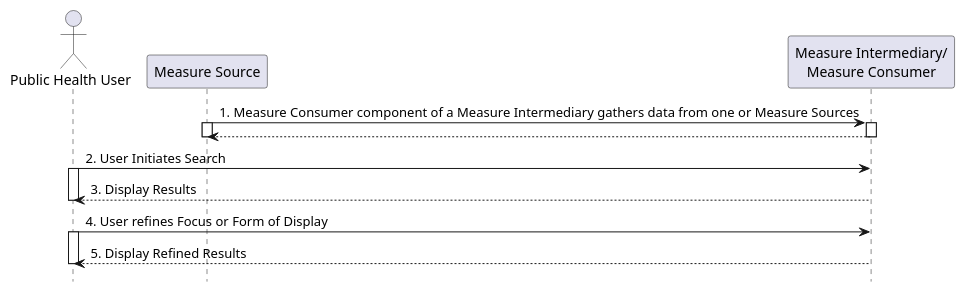
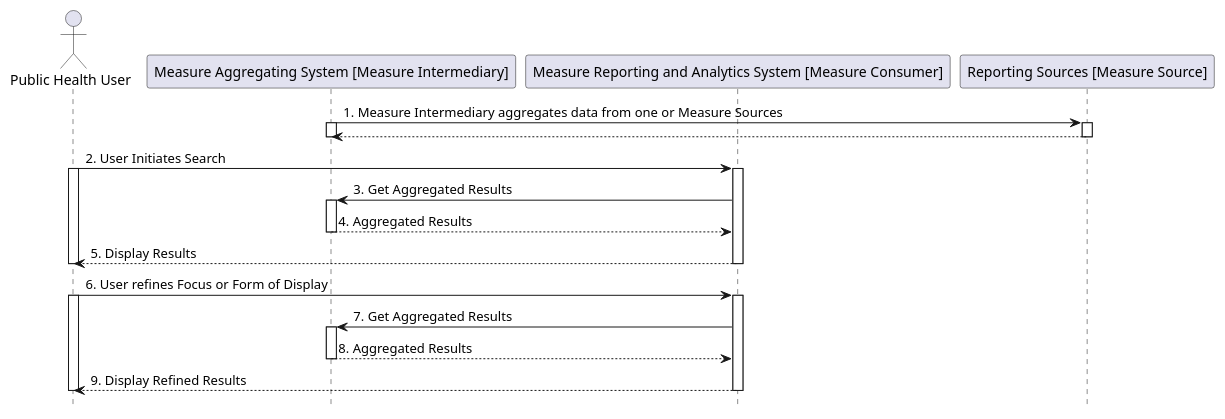
One commit to HL7/fhir-saner changed the diagram in input/images-source/usecase2-processflow.plantuml. Above: the diagram before and after it, drawn with PlantUML. The commit also changed 65 other files, not shown here.

```diff
--- a/input/images-source/usecase2-processflow.plantuml
+++ b/input/images-source/usecase2-processflow.plantuml
@@ -1,28 +1,33 @@
 @startuml
 hide footbox
-
 actor "Public Health User"
-participant "Measure Source" as MeasureSource
-participant "Measure Intermediary/\nMeasure Consumer" as MeasureIntermediary
-
-
-"MeasureSource" -> "MeasureIntermediary" : 1. Measure Consumer component of a Measure Intermediary gathers data from one or Measure Sources
+participant "Measure Aggregating System [Measure Intermediary]" as MeasureIntermediary
+participant "Measure Reporting and Analytics System [Measure Consumer]" as MeasureConsumer
+participant "Reporting Sources [Measure Source]" as MeasureSource
+"MeasureIntermediary" -> "MeasureSource" : 1. Measure Intermediary aggregates data from one or Measure Sources
 activate "MeasureIntermediary"
 activate "MeasureSource"
 return
+deactivate "MeasureIntermediary"
 deactivate "MeasureSource"
-
-"Public Health User" -> "MeasureIntermediary" : 2. User Initiates Search
+"Public Health User" -> "MeasureConsumer" : 2. User Initiates Search
 activate "Public Health User"
-"MeasureIntermediary" --> "Public Health User" : 3. Display Results
+activate "MeasureConsumer"
+"MeasureConsumer" -> "MeasureIntermediary" : 3. Get Aggregated Results
+activate "MeasureIntermediary"
+"MeasureIntermediary" --> "MeasureConsumer" : 4. Aggregated Results
+deactivate "MeasureIntermediary"
+"MeasureConsumer" --> "Public Health User" : 5. Display Results
 deactivate "Public Health User"
-
-"Public Health User" -> "MeasureIntermediary" : 4. User refines Focus or Form of Display
-
+deactivate "MeasureConsumer"
+"Public Health User" -> "MeasureConsumer" : 6. User refines Focus or Form of Display
 activate "Public Health User"
-
-"MeasureIntermediary" --> "Public Health User" : 5. Display Refined Results
-
+activate "MeasureConsumer"
+"MeasureConsumer" -> "MeasureIntermediary" : 7. Get Aggregated Results
+activate "MeasureIntermediary"
+"MeasureIntermediary" --> "MeasureConsumer" : 8. Aggregated Results
+deactivate "MeasureIntermediary"
+"MeasureConsumer" --> "Public Health User" : 9. Display Refined Results
 deactivate "Public Health User"
-deactivate "MeasureIntermediary"
+deactivate "MeasureConsumer"
 @enduml
```
